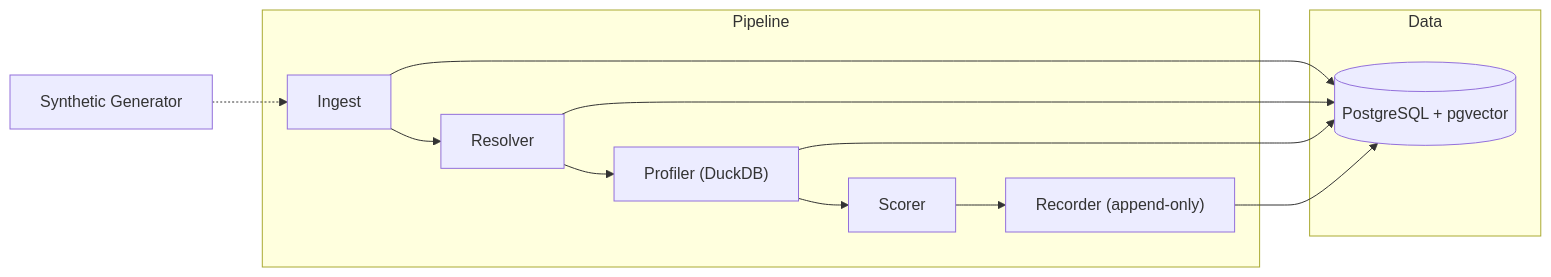
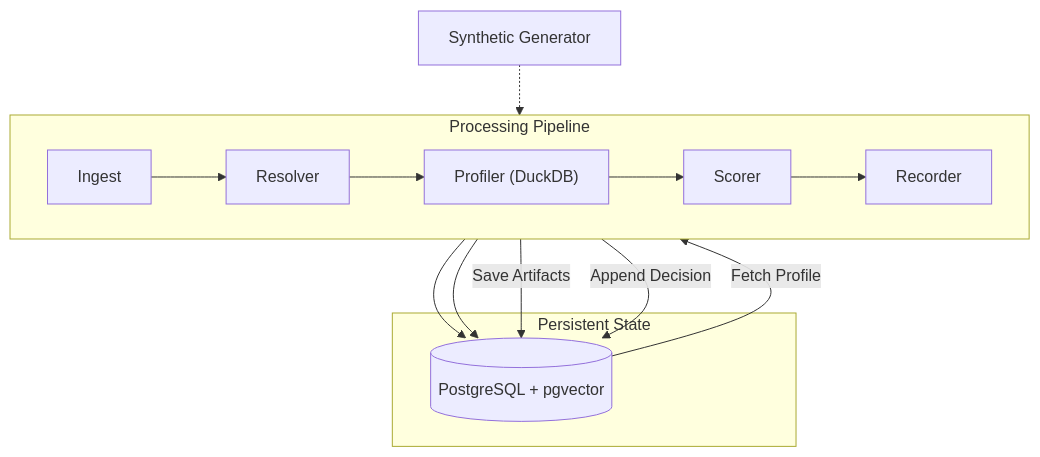
The diagram in README.md (OmarAK-Git/alter_ego), drawn with Mermaid before and after one commit. The commit also changed other lines of this file and 89 other files, not shown here.

````diff
--- a/README.md
+++ b/README.md
@@ -40,19 +35,23 @@
 ```mermaid
-flowchart LR
-    subgraph Pipeline
-        A[Ingest] --> B[Resolver]
+flowchart TD
+    subgraph Pipeline ["Processing Pipeline"]
+        direction LR
+        A["Ingest"] --> B["Resolver"]
         B --> C["Profiler (DuckDB)"]
-        C --> D[Scorer]
-        D --> E["Recorder (append-only)"]
+        C --> D["Scorer"]
+        D --> E["Recorder"]
     end
 
-    subgraph Data
+    subgraph Storage ["Persistent State"]
         F[("PostgreSQL + pgvector")]
     end
 
     G["Synthetic Generator"] -.-> A
+
+    %% Data Flows
     A --> F
     B --> F
-    C --> F
-    E --> F
+    F -- "Fetch Profile" --> D
+    C -- "Save Artifacts" --> F
+    E -- "Append Decision" --> F
 ```
````
